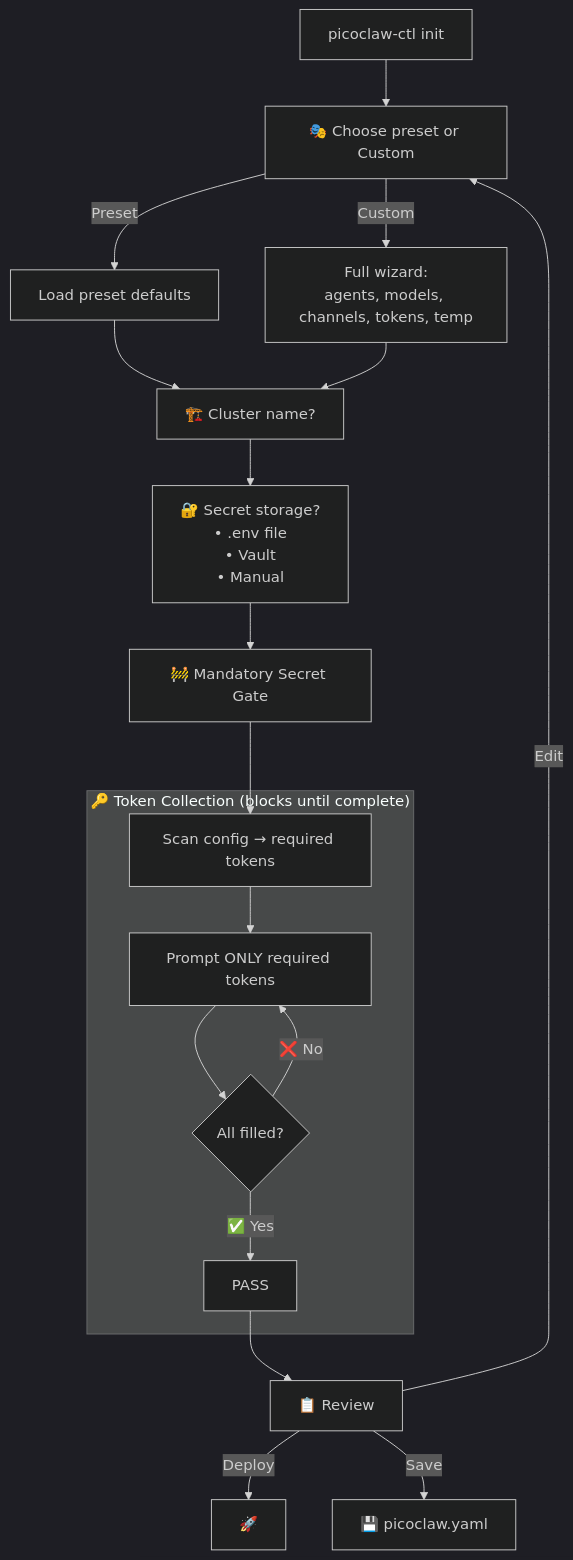
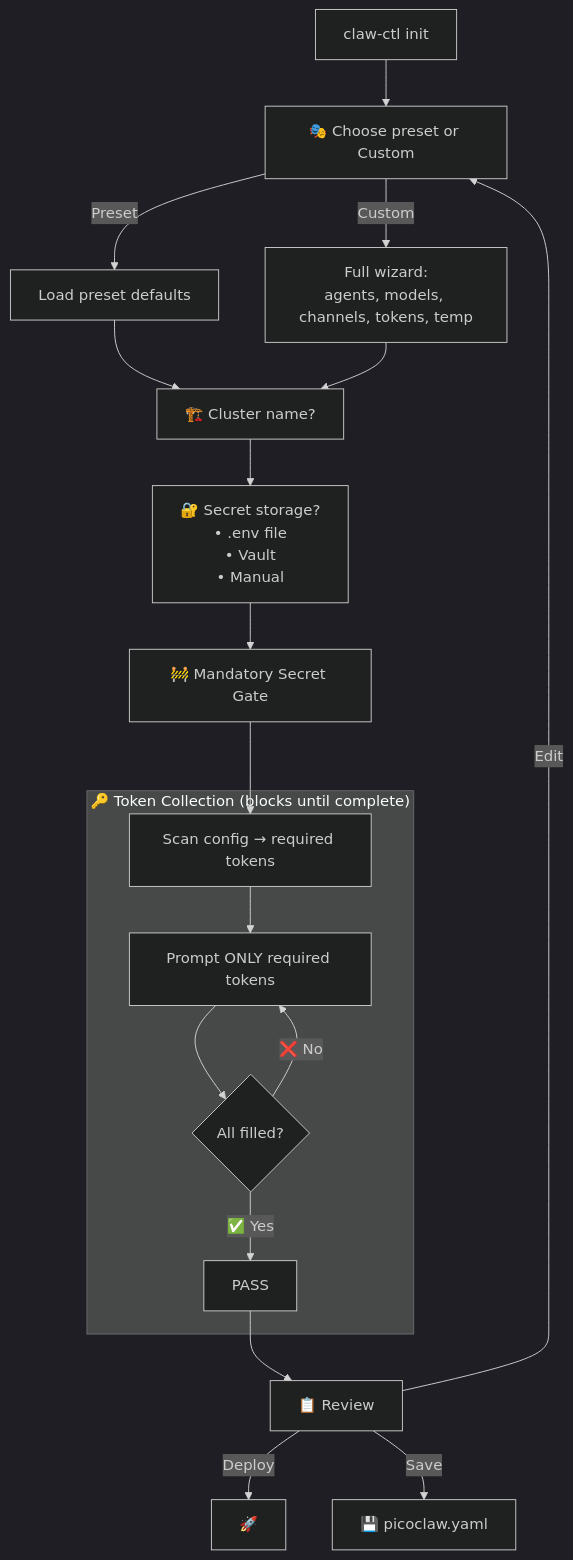
One commit to ai-agent-ship-it/claw-ctl changed the third of 5 diagrams in docs/DESIGN.md. Above: the diagram before and after it, drawn with Mermaid (dark theme). The commit also changed other lines of this file and 7 other files, not shown here.

Commit message:
refactor: rename picoclaw-ctl → claw-ctl across all files

````diff
--- a/docs/DESIGN.md
+++ b/docs/DESIGN.md
@@ -185,28 +185,28 @@
 ```mermaid
 flowchart TD
-  START["picoclaw-ctl init"] --> PRESET["🎭 Choose preset or Custom"]
+  START["claw-ctl init"] --> PRESET["🎭 Choose preset or Custom"]
 
   PRESET -->|"Preset"| LOAD["Load preset defaults"]
   PRESET -->|"Custom"| CUSTOM["Full wizard:<br/>agents, models, channels, tokens, temp"]
 
   LOAD --> NAME["🏗️ Cluster name?"]
   CUSTOM --> NAME
 
   NAME --> SECRET_STORE["🔐 Secret storage?<br/>• .env file<br/>• Vault<br/>• Manual"]
 
   SECRET_STORE --> GATE["🚧 Mandatory Secret Gate"]
 
   GATE --> SCAN["Scan config → required tokens"]
 
   subgraph "🔑 Token Collection (blocks until complete)"
     SCAN --> ASK["Prompt ONLY required tokens"]
     ASK --> CHECK{"All filled?"}
     CHECK -->|"❌ No"| ASK
     CHECK -->|"✅ Yes"| PASS
   end
 
   PASS --> REVIEW["📋 Review"]
   REVIEW -->|"Deploy"| DEPLOY["🚀"]
   REVIEW -->|"Save"| SAVE["💾 picoclaw.yaml"]
   REVIEW -->|"Edit"| PRESET
 ```
````
